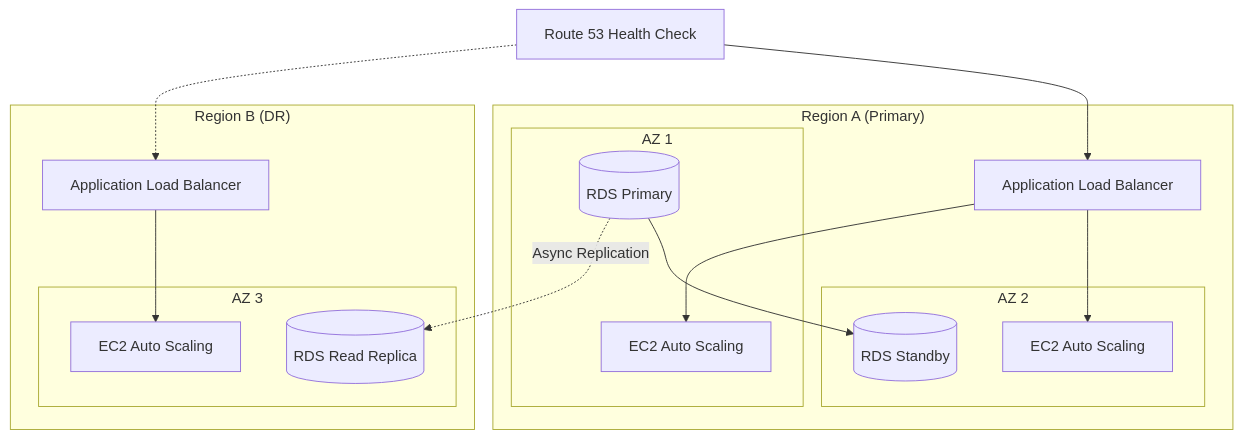
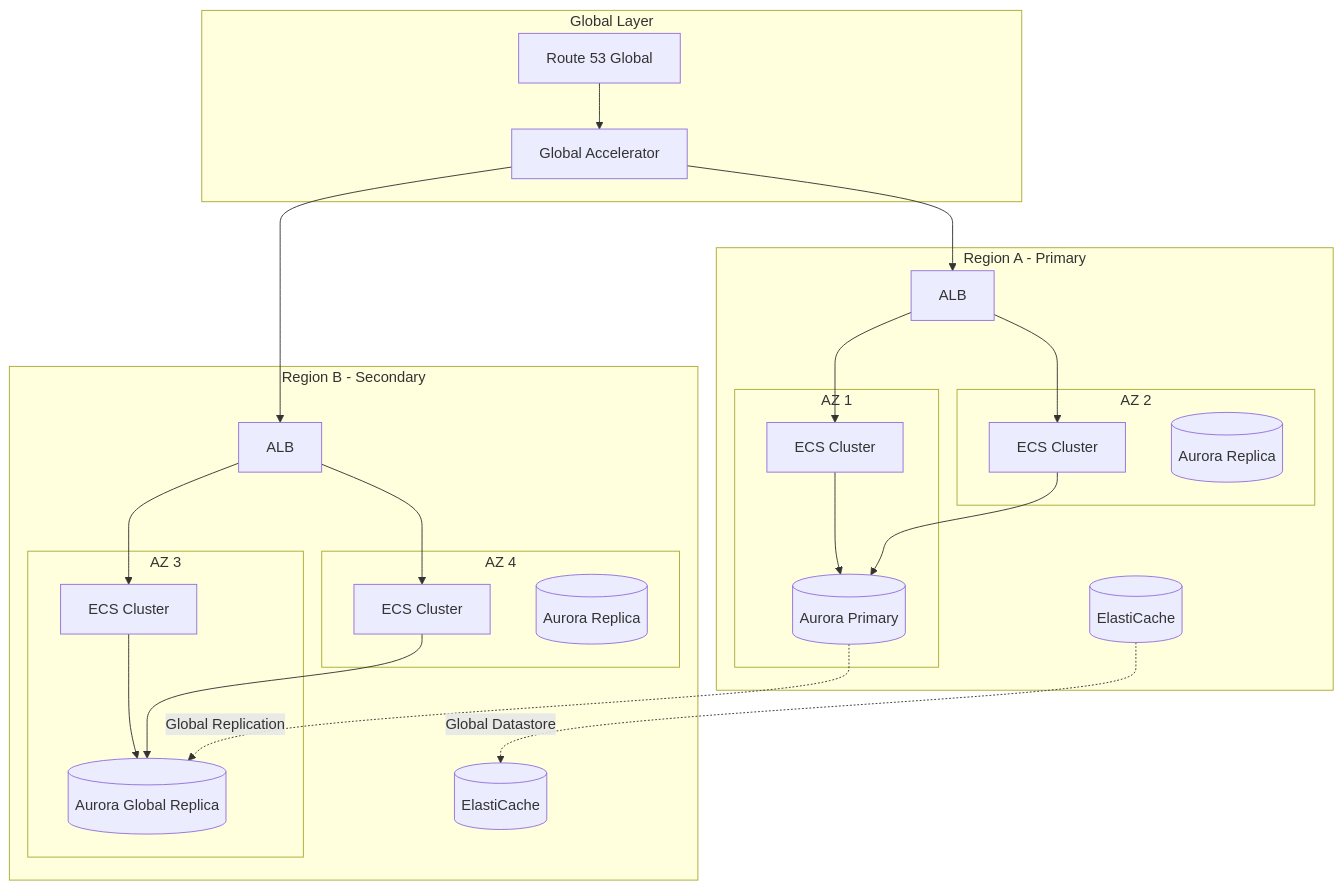
Before and after one commit to Ahmed-AdelB/claude-sdlc-orchestrator: the fifth of 10 diagrams in commands/agents/devops/infrastructure-architect.md, drawn with Mermaid. The commit also changed other lines of this file and 25 other files, not shown here.

````diff
--- a/commands/agents/devops/infrastructure-architect.md
+++ b/commands/agents/devops/infrastructure-architect.md
@@ -260,30 +368,50 @@
 ```mermaid
 graph TB
-    subgraph "Region A (Primary)"
-        ALB_A[Application Load Balancer]
+    subgraph "Global Layer"
+        R53[Route 53 Global]
+        GA[Global Accelerator]
+    end
+
+    subgraph "Region A - Primary"
+        ALB_A[ALB]
         subgraph "AZ 1"
-            EC2_A1[EC2 Auto Scaling]
-            RDS_A1[(RDS Primary)]
+            ECS_A1[ECS Cluster]
+            RDS_A1[(Aurora Primary)]
         end
         subgraph "AZ 2"
-            EC2_A2[EC2 Auto Scaling]
-            RDS_A2[(RDS Standby)]
+            ECS_A2[ECS Cluster]
+            RDS_A2[(Aurora Replica)]
         end
+        ElastiCache_A[(ElastiCache)]
     end
 
-    subgraph "Region B (DR)"
-        ALB_B[Application Load Balancer]
+    subgraph "Region B - Secondary"
+        ALB_B[ALB]
         subgraph "AZ 3"
-            EC2_B1[EC2 Auto Scaling]
-            RDS_B1[(RDS Read Replica)]
+            ECS_B1[ECS Cluster]
+            RDS_B1[(Aurora Global Replica)]
         end
+        subgraph "AZ 4"
+            ECS_B2[ECS Cluster]
+            RDS_B2[(Aurora Replica)]
+        end
+        ElastiCache_B[(ElastiCache)]
     end
 
-    Route53[Route 53 Health Check] --> ALB_A
-    Route53 -.-> ALB_B
-    ALB_A --> EC2_A1
-    ALB_A --> EC2_A2
-    ALB_B --> EC2_B1
-    RDS_A1 --> RDS_A2
-    RDS_A1 -.->|Async Replication| RDS_B1
+    R53 --> GA
+    GA --> ALB_A
+    GA --> ALB_B
+
+    ALB_A --> ECS_A1
+    ALB_A --> ECS_A2
+    ALB_B --> ECS_B1
+    ALB_B --> ECS_B2
+
+    ECS_A1 --> RDS_A1
+    ECS_A2 --> RDS_A1
+    ECS_B1 --> RDS_B1
+    ECS_B2 --> RDS_B1
+
+    RDS_A1 -.->|Global Replication| RDS_B1
+    ElastiCache_A -.->|Global Datastore| ElastiCache_B
 ```
````
